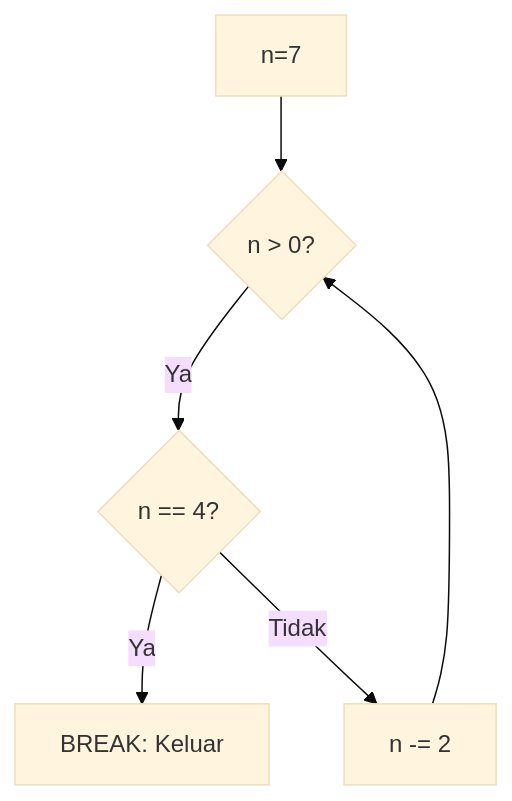
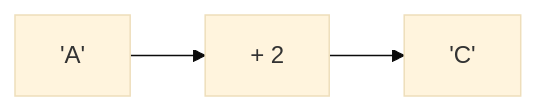
One commit to amnahwaida/OSNK_INF_PREP changed diagram 16 of 25 in part-c-pemahaman-cpp/03-perulangan/latihan/set-04.md. Above: the diagram before and after it, drawn with Mermaid (base theme). The commit also changed other lines of this file and 71 other files, not shown here.

````diff
--- a/part-c-pemahaman-cpp/03-perulangan/latihan/set-04.md
+++ b/part-c-pemahaman-cpp/03-perulangan/latihan/set-04.md
@@ -428,8 +480,5 @@
 ```mermaid
-graph TD
-    A[n=7] --> B{n > 0?}
-    B -- Ya --> C{n == 4?}
-    C -- Ya --> D[BREAK: Keluar]
-    C -- Tidak --> E[n -= 2]
-    E --> B
+graph LR
+A['A'] --> B[+ 2]
+B --> C['C']
 ```
````
